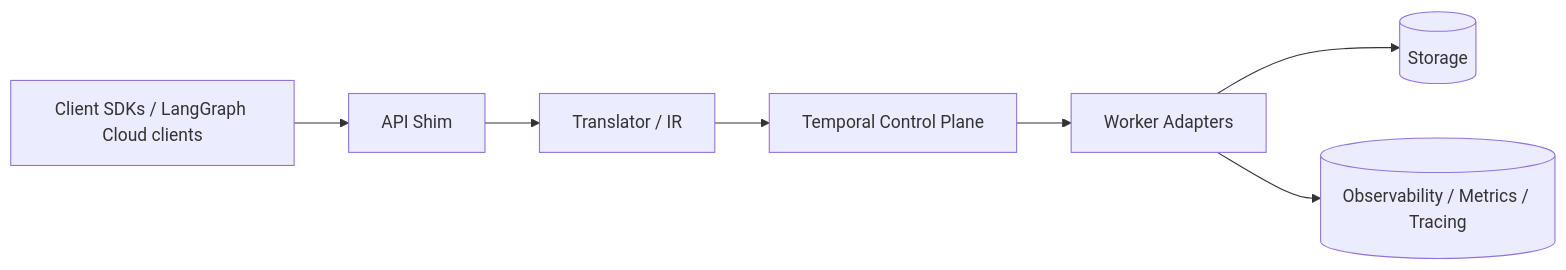
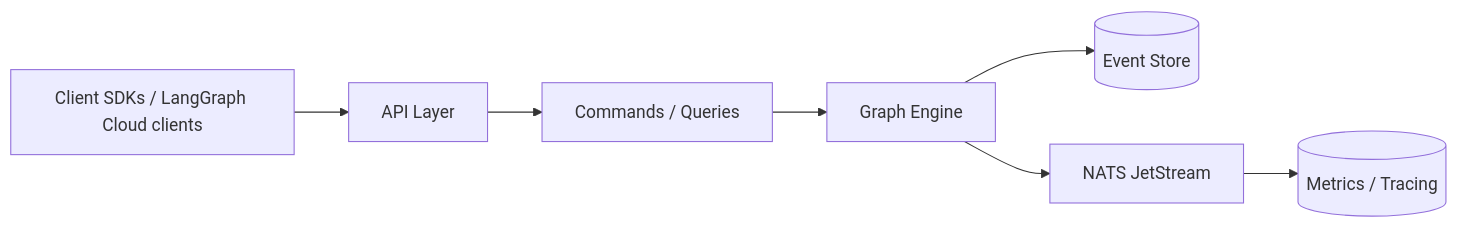
The diagram in docs/content/docs/index.mdx (Duragraph/duragraph), drawn with Mermaid before and after one commit. The commit also changed other lines of this file and 14 other files, not shown here.

First line of the commit message:
docs: update documentation to reflect current architecture (#61)

````diff
--- a/docs/content/docs/index.mdx
+++ b/docs/content/docs/index.mdx
@@ -54,14 +52,15 @@
 ```mermaid
 flowchart LR
   client["Client SDKs / LangGraph Cloud clients"]
-  shim[API Shim]
-  translator[Translator / IR]
-  temporal[Temporal Control Plane]
-  workers[Worker Adapters]
-  storage[(Storage)]
-  observability[(Observability / Metrics / Tracing)]
+  api[API Layer]
+  commands[Commands / Queries]
+  engine[Graph Engine]
+  events[(Event Store)]
+  nats[NATS JetStream]
+  observability[(Metrics / Tracing)]
 
-  client --> shim --> translator --> temporal --> workers
-  workers --> storage
-  workers --> observability
+  client --> api --> commands --> engine
+  engine --> events
+  engine --> nats
+  nats --> observability
 ```
````
